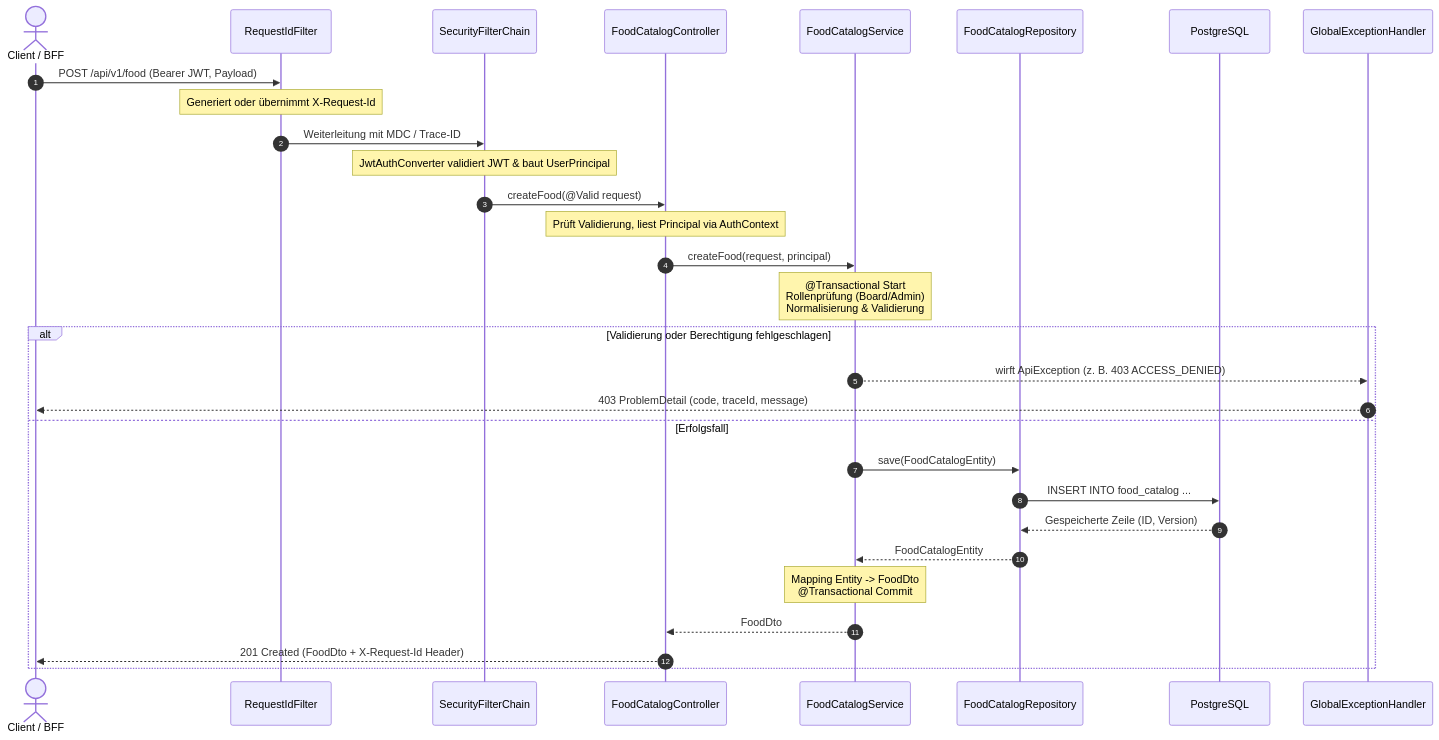
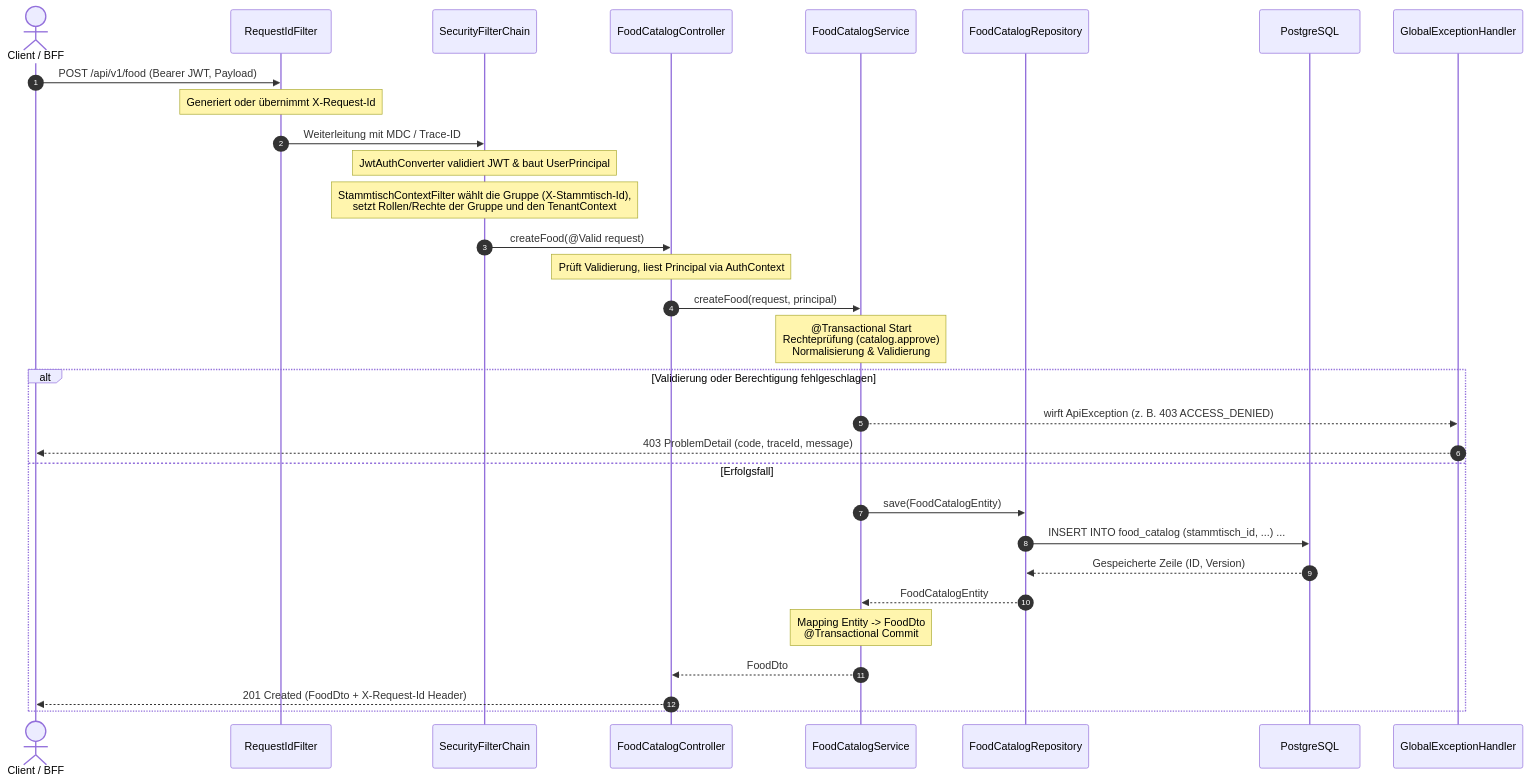
Before and after one commit to damaurer/vereint: the second of 2 diagrams in docs/baseservice/02-architecture-and-layers.md, drawn with Mermaid. The commit also changed other lines of this file and 90 other files, not shown here.

````diff
--- a/docs/baseservice/02-architecture-and-layers.md
+++ b/docs/baseservice/02-architecture-and-layers.md
@@ -58,33 +59,34 @@
 ```mermaid
 sequenceDiagram
   autonumber
   actor Client as Client / BFF
   participant Filter as RequestIdFilter
   participant Sec as SecurityFilterChain
   participant Ctrl as FoodCatalogController
   participant Svc as FoodCatalogService
   participant Repo as FoodCatalogRepository
   participant DB as PostgreSQL
   participant Err as GlobalExceptionHandler
 
   Client->>Filter: POST /api/v1/food (Bearer JWT, Payload)
   Note over Filter: Generiert oder übernimmt X-Request-Id
   Filter->>Sec: Weiterleitung mit MDC / Trace-ID
   Note over Sec: JwtAuthConverter validiert JWT & baut UserPrincipal
+  Note over Sec: StammtischContextFilter wählt die Gruppe (X-Stammtisch-Id),<br/>setzt Rollen/Rechte der Gruppe und den TenantContext
   Sec->>Ctrl: createFood(@Valid request)
   Note over Ctrl: Prüft Validierung, liest Principal via AuthContext
   Ctrl->>Svc: createFood(request, principal)
-  Note over Svc: @Transactional Start<br/>Rollenprüfung (Board/Admin)<br/>Normalisierung & Validierung
+  Note over Svc: @Transactional Start<br/>Rechteprüfung (catalog.approve)<br/>Normalisierung & Validierung
   alt Validierung oder Berechtigung fehlgeschlagen
     Svc-->>Err: wirft ApiException (z. B. 403 ACCESS_DENIED)
     Err-->>Client: 403 ProblemDetail (code, traceId, message)
   else Erfolgsfall
     Svc->>Repo: save(FoodCatalogEntity)
-    Repo->>DB: INSERT INTO food_catalog ...
+    Repo->>DB: INSERT INTO food_catalog (stammtisch_id, ...) ...
     DB-->>Repo: Gespeicherte Zeile (ID, Version)
     Repo-->>Svc: FoodCatalogEntity
     Note over Svc: Mapping Entity -> FoodDto<br/>@Transactional Commit
     Svc-->>Ctrl: FoodDto
     Ctrl-->>Client: 201 Created (FoodDto + X-Request-Id Header)
   end
 ```
````
